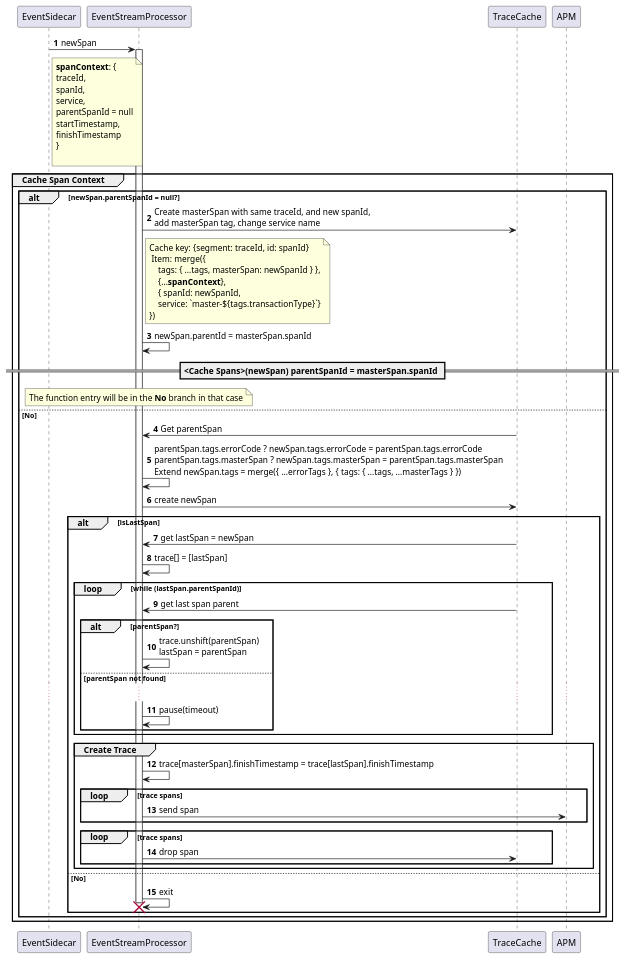
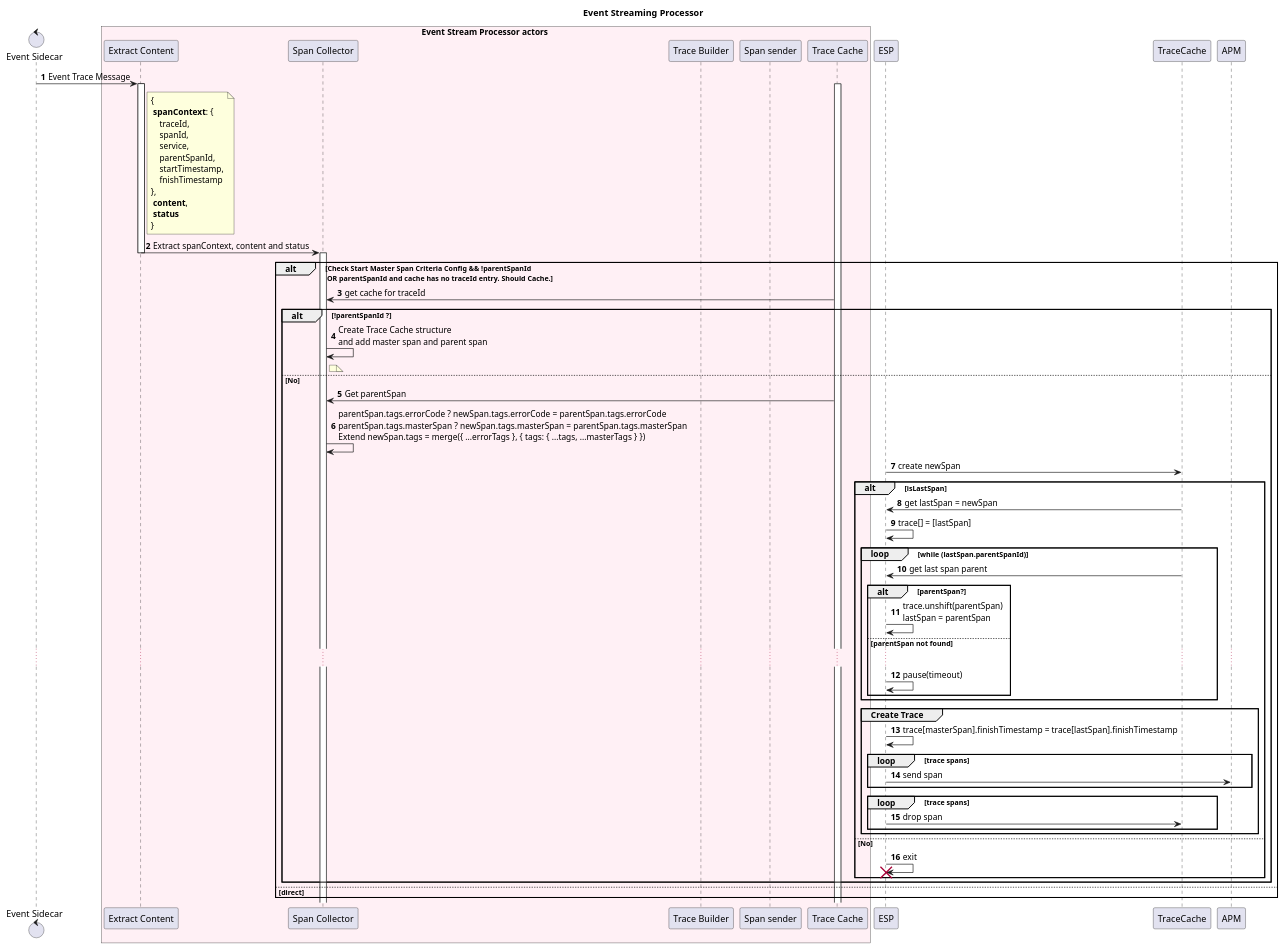
Before and after one commit to mojaloop/event-stream-processor: the diagram in src/observables/flow.plantuml, drawn with PlantUML. The commit also changed 1 other file, not shown here.

```diff
--- a/src/observables/flow.plantuml
+++ b/src/observables/flow.plantuml
@@ -1,45 +1,58 @@
 @startuml
 autonumber
-    EventSidecar -> EventStreamProcessor: newSpan
-    note right of EventSidecar: **spanContext**: {\ntraceId,\nspanId,\nservice,\nparentSpanId = null\nstartTimestamp,\nfinishTimestamp \n}\n
-    Activate EventStreamProcessor
-group Cache Span Context
-    alt newSpan.parentSpanId = null?
-        EventStreamProcessor -> TraceCache: Create masterSpan with same traceId, and new spanId,\nadd masterSpan tag, change service name
-        note right of EventStreamProcessor: Cache key: {segment: traceId, id: spanId}\n Item: merge({\n    tags: { ...tags, masterSpan: newSpanId } },\n    {...**spanContext**},\n    { spanId: newSpanId,\n    service: `master-${tags.transactionType}`}\n})
-        EventStreamProcessor -> EventStreamProcessor: newSpan.parentId = masterSpan.spanId
-    == <Cache Spans>(newSpan) parentSpanId = masterSpan.spanId ==
-    note over EventStreamProcessor: The function entry will be in the **No** branch in that case
-    else No
-        EventStreamProcessor <- TraceCache: Get parentSpan
-        EventStreamProcessor -> EventStreamProcessor: parentSpan.tags.errorCode ? newSpan.tags.errorCode = parentSpan.tags.errorCode\nparentSpan.tags.masterSpan ? newSpan.tags.masterSpan = parentSpan.tags.masterSpan\nExtend newSpan.tags = merge({ ...errorTags }, { tags: { ...tags, ...masterTags } })
-        EventStreamProcessor -> TraceCache: create newSpan
-        alt isLastSpan
-            EventStreamProcessor <- TraceCache: get lastSpan = newSpan
-            EventStreamProcessor -> EventStreamProcessor: trace[] = [lastSpan]
-            loop while (lastSpan.parentSpanId)
-                EventStreamProcessor <- TraceCache: get last span parent
-                alt parentSpan?
-                    EventStreamProcessor -> EventStreamProcessor: trace.unshift(parentSpan)\nlastSpan = parentSpan
-                else parentSpan not found
-                    ...
-                    EventStreamProcessor -> EventStreamProcessor: pause(timeout)
+title Event Streaming Processor 
+control "Event Sidecar" as ES
+
+box Event Stream Processor actors #LavenderBlush
+    participant "Extract Content" as EC
+    participant "Span Collector" as SC
+    participant "Trace Builder" as TB
+    participant "Span sender" as SS
+    participant "Trace Cache" as TC
+end box
+    ES -> EC: Event Trace Message
+    Activate EC
+    Activate TC
+    note right of EC: {\n **spanContext**: {\n    traceId,\n    spanId,\n    service,\n    parentSpanId,\n    startTimestamp,\n    fnishTimestamp \n},\n **content**,\n **status**\n}
+    EC -> SC: Extract spanContext, content and status
+    Deactivate EC
+    Activate SC
+    alt Check Start Master Span Criteria Config && !parentSpanId\n OR parentSpanId and cache has no traceId entry. Should Cache.
+        SC <- TC: get cache for traceId
+        alt !parentSpanId ?
+            SC -> SC: Create Trace Cache structure \nand add master span and parent span
+            note right of SC: 
+        else No
+            SC <- TC: Get parentSpan
+            SC -> SC: parentSpan.tags.errorCode ? newSpan.tags.errorCode = parentSpan.tags.errorCode\nparentSpan.tags.masterSpan ? newSpan.tags.masterSpan = parentSpan.tags.masterSpan\nExtend newSpan.tags = merge({ ...errorTags }, { tags: { ...tags, ...masterTags } })
+            ESP -> TraceCache: create newSpan
+            alt isLastSpan
+                ESP <- TraceCache: get lastSpan = newSpan
+                ESP -> ESP: trace[] = [lastSpan]
+                loop while (lastSpan.parentSpanId)
+                    ESP <- TraceCache: get last span parent
+                    alt parentSpan?
+                        ESP -> ESP: trace.unshift(parentSpan)\nlastSpan = parentSpan
+                    else parentSpan not found
+                        ...
+                        ESP -> ESP: pause(timeout)
+                    end
                 end
+                group Create Trace
+                    ESP -> ESP: trace[masterSpan].finishTimestamp = trace[lastSpan].finishTimestamp
+                    loop trace spans
+                        ESP -> APM: send span
+                    end
+                    loop trace spans
+                        ESP -> TraceCache: drop span
+                    end
+                end
+            else No
+                ESP -> ESP !!: exit
             end
-            group Create Trace
-                EventStreamProcessor -> EventStreamProcessor: trace[masterSpan].finishTimestamp = trace[lastSpan].finishTimestamp
-                loop trace spans
-                    EventStreamProcessor -> APM: send span
-                end
-                loop trace spans
-                    EventStreamProcessor -> TraceCache: drop span
-                end
-            end
-        else No
-            EventStreamProcessor -> EventStreamProcessor !!: exit
         end
+    else direct
     end
-end
     
-    deactivate EventStreamProcessor
+    deactivate ESP
 @enduml
```
